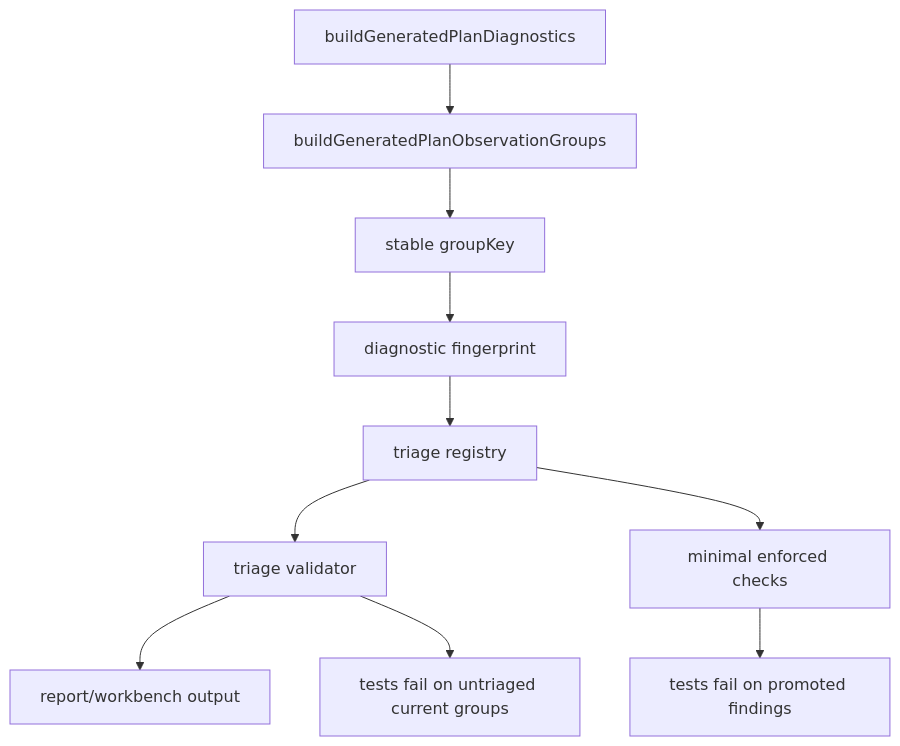
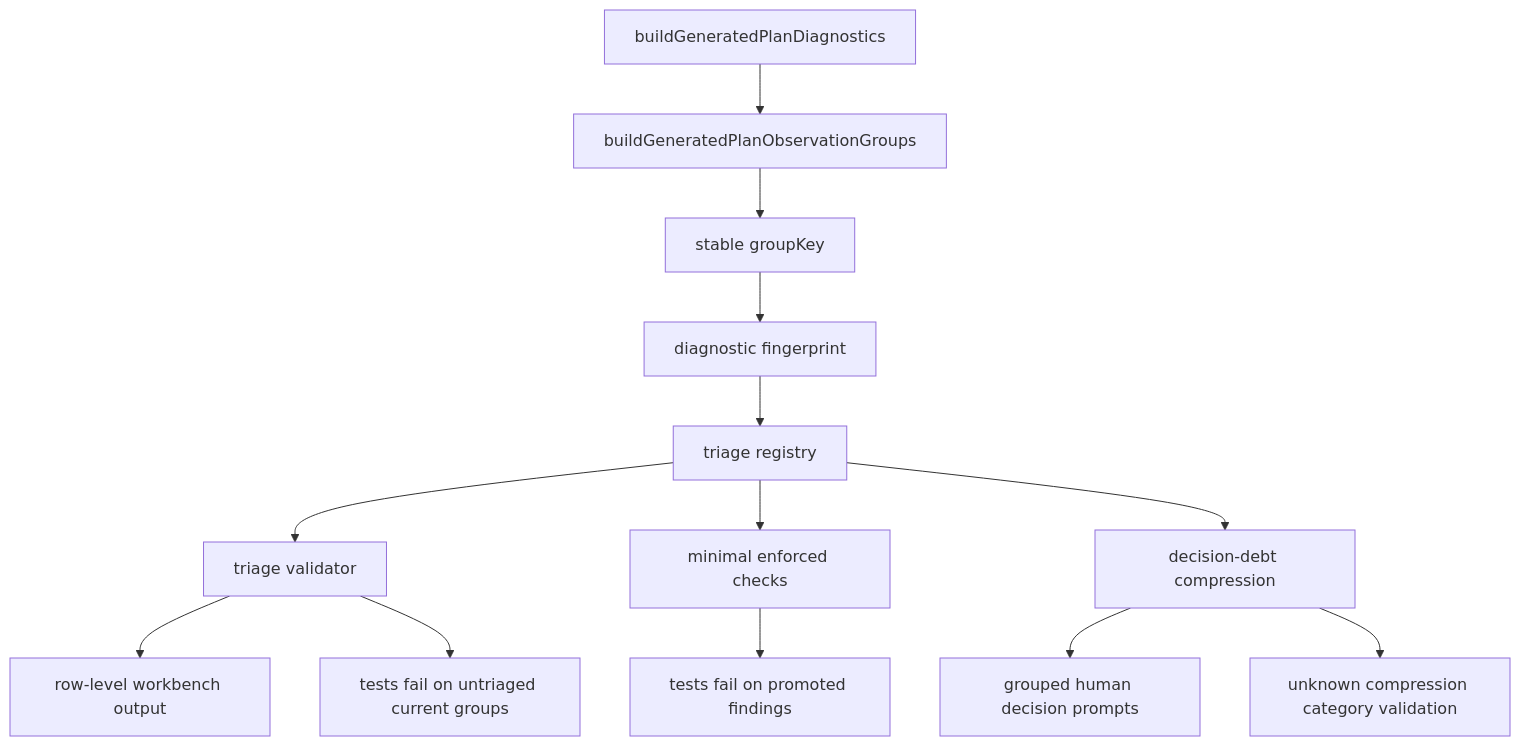
One commit to NickCorneau/volley_drills changed the diagram in docs/plans/2026-05-01-002-feat-generated-diagnostics-triage-workflow-plan.md. Above: the diagram before and after it, drawn with Mermaid. The commit also changed other lines of this file and 10 other files, not shown here.

````diff
--- a/docs/plans/2026-05-01-002-feat-generated-diagnostics-triage-workflow-plan.md
+++ b/docs/plans/2026-05-01-002-feat-generated-diagnostics-triage-workflow-plan.md
@@ -119,12 +133,15 @@
 ```mermaid
 flowchart TD
   A[buildGeneratedPlanDiagnostics] --> B[buildGeneratedPlanObservationGroups]
   B --> C[stable groupKey]
   C --> D[diagnostic fingerprint]
   D --> E[triage registry]
   E --> F[triage validator]
-  F --> G[report/workbench output]
+  F --> G[row-level workbench output]
   F --> H[tests fail on untriaged current groups]
   E --> I[minimal enforced checks]
   I --> J[tests fail on promoted findings]
+  E --> K[decision-debt compression]
+  K --> L[grouped human decision prompts]
+  K --> M[unknown compression category validation]
 ```
````
